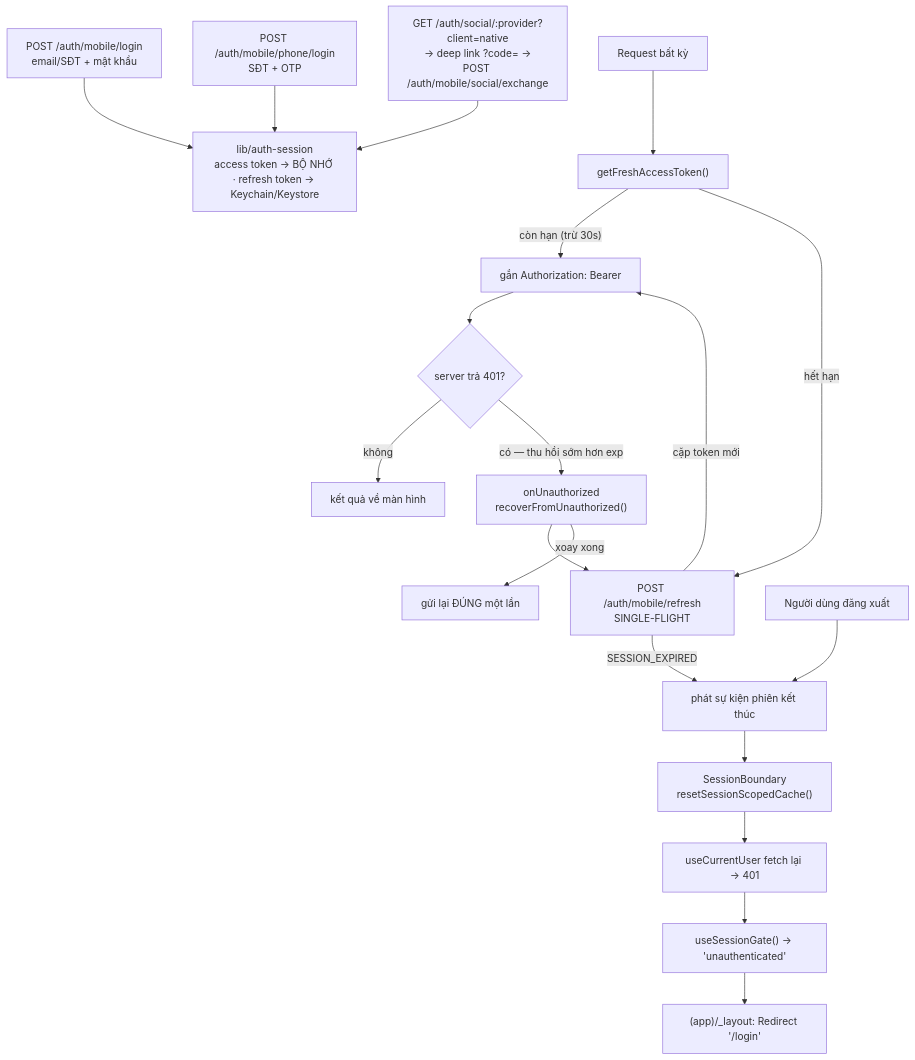
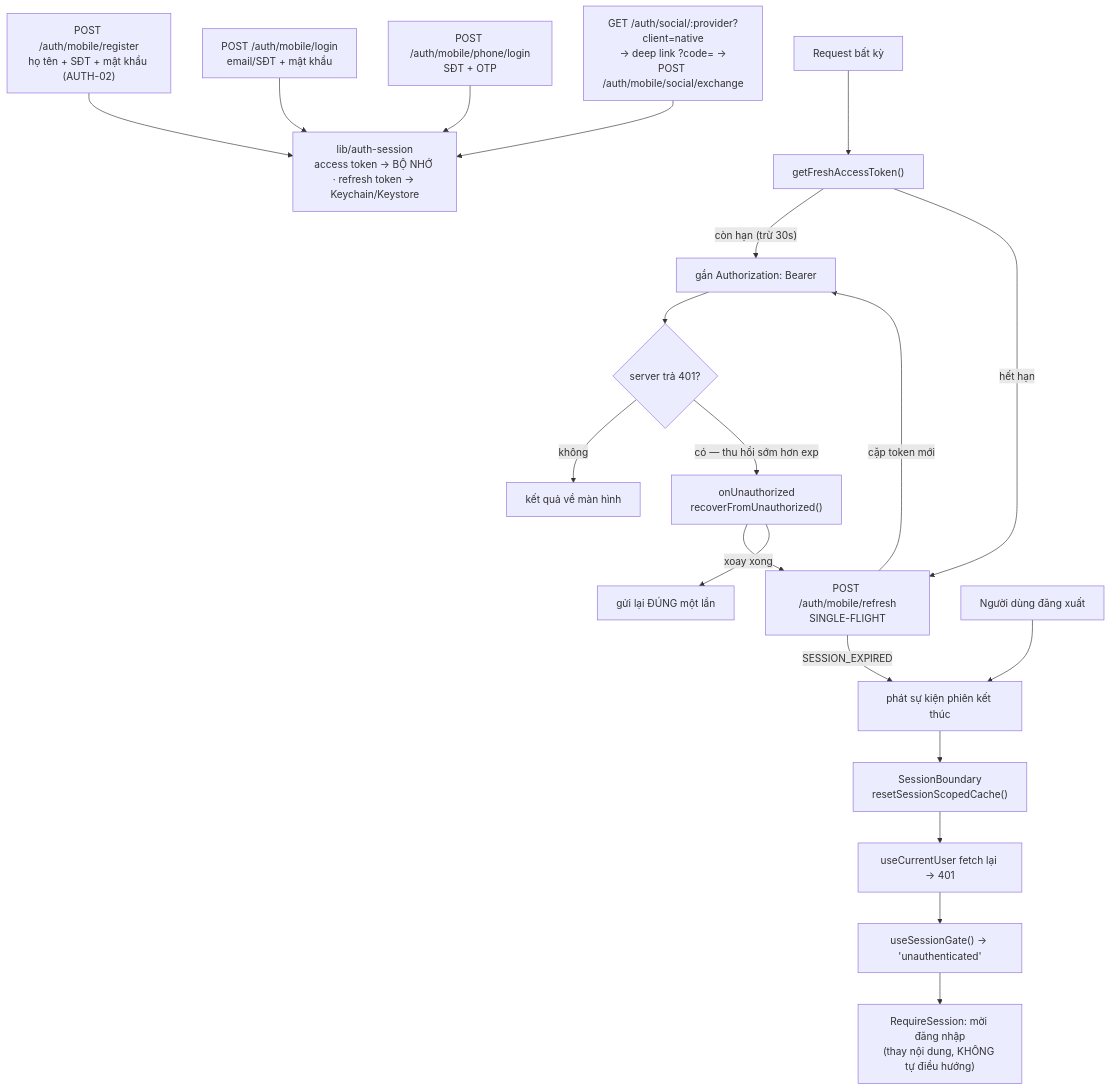
The fourth of 4 diagrams in apps/mobile/README.md (daihanhbvt/xeprime), drawn with Mermaid before and after one commit. The commit also changed other lines of this file and 54 other files, not shown here.

Commit message:
feat(mobile): add register, password recovery and RBAC guard

````diff
--- a/apps/mobile/README.md
+++ b/apps/mobile/README.md
@@ -284,22 +295,23 @@
 ```mermaid
 flowchart TD
+  L0["POST /auth/mobile/register<br/>họ tên + SĐT + mật khẩu (AUTH-02)"] --> T
   L1["POST /auth/mobile/login<br/>email/SĐT + mật khẩu"] --> T
   L2["POST /auth/mobile/phone/login<br/>SĐT + OTP"] --> T
   L3["GET /auth/social/:provider?client=native<br/>→ deep link ?code= →<br/>POST /auth/mobile/social/exchange"] --> T
   T["lib/auth-session<br/>access token → BỘ NHỚ · refresh token → Keychain/Keystore"]
   R["Request bất kỳ"] --> G["getFreshAccessToken()"]
   G -->|"còn hạn (trừ 30s)"| H["gắn Authorization: Bearer"]
   G -->|"hết hạn"| F["POST /auth/mobile/refresh<br/>SINGLE-FLIGHT"]
   F -->|"cặp token mới"| H
   H --> V{"server trả 401?"}
   V -->|không| OK["kết quả về màn hình"]
   V -->|"có — thu hồi sớm hơn exp"| U["onUnauthorized<br/>recoverFromUnauthorized()"]
   U --> F
   U -->|"xoay xong"| RETRY["gửi lại ĐÚNG một lần"]
   F -->|"SESSION_EXPIRED"| E["phát sự kiện phiên kết thúc"]
   O["Người dùng đăng xuất"] --> E
   E --> B["SessionBoundary<br/>resetSessionScopedCache()"]
   B --> Q["useCurrentUser fetch lại → 401"]
   Q --> S["useSessionGate() → 'unauthenticated'"]
-  S --> N["(app)/_layout: Redirect '/login'"]
+  S --> N["RequireSession: mời đăng nhập<br/>(thay nội dung, KHÔNG tự điều hướng)"]
 ```
````
